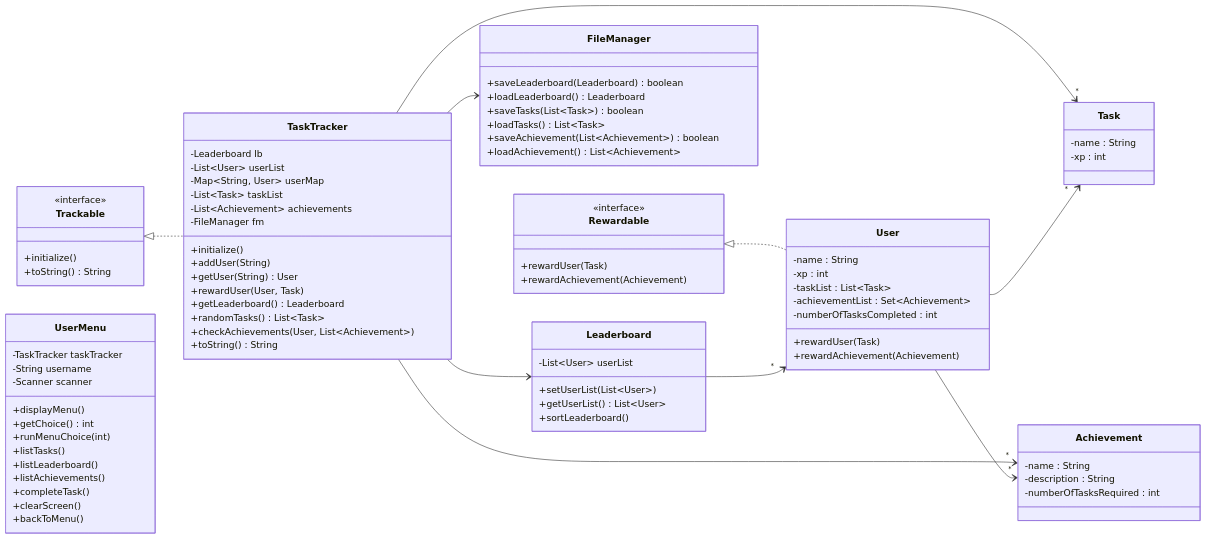
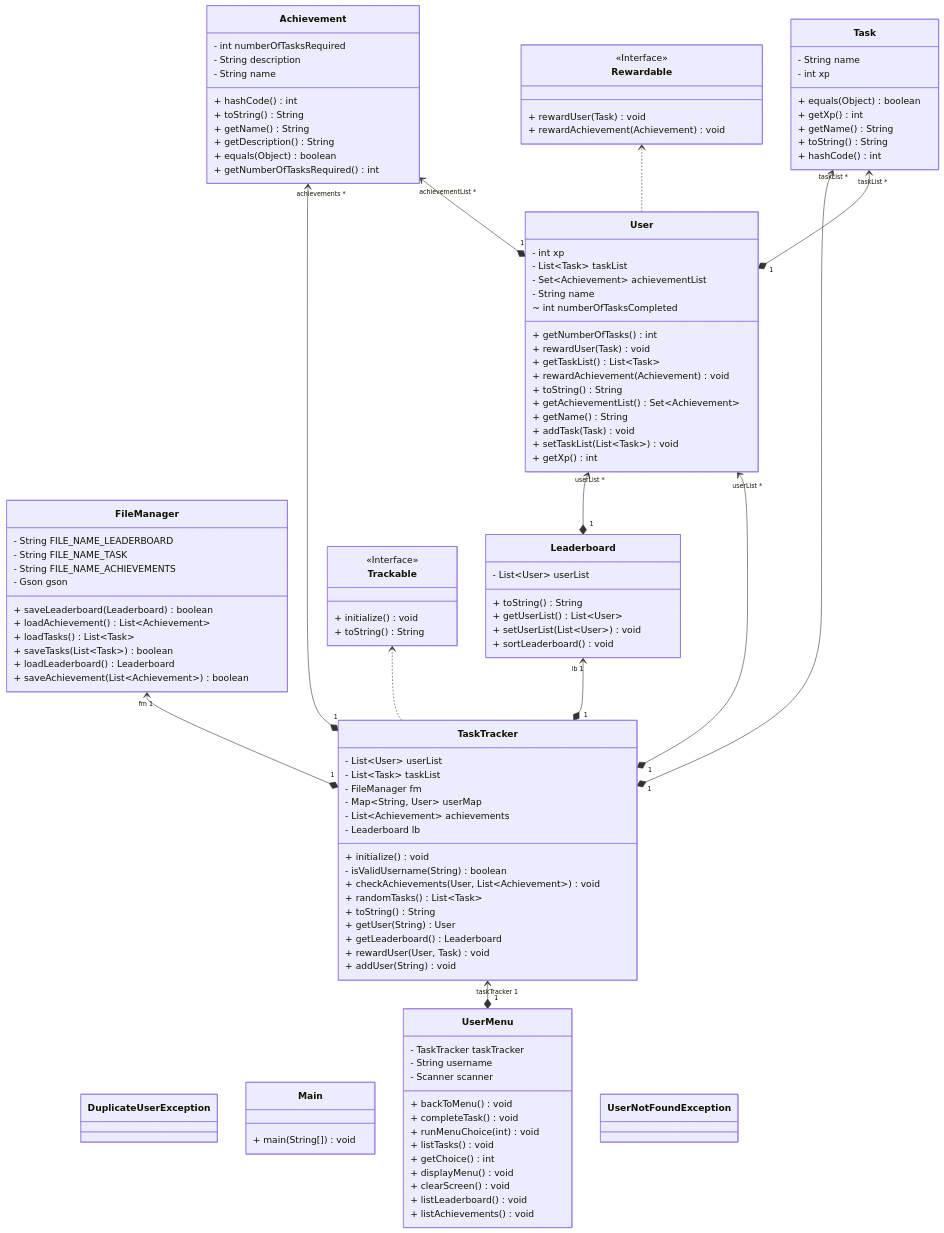
The diagram in README.md (ChircanLaurentiuAndrei/level-up-studying), drawn with Mermaid before and after one commit.

Commit message:
Revise class diagram direction and structure
Updated class diagram to reflect changes in class relationships and attributes.

````diff
--- a/README.md
+++ b/README.md
@@ -71,97 +71,119 @@
 ```mermaid
 classDiagram
-    direction LR
+direction BT
+class Achievement {
+  - int numberOfTasksRequired
+  - String description
+  - String name
+  + hashCode() int
+  + toString() String
+  + getName() String
+  + getDescription() String
+  + equals(Object) boolean
+  + getNumberOfTasksRequired() int
+}
+class DuplicateUserException
+class FileManager {
+  - String FILE_NAME_LEADERBOARD
+  - String FILE_NAME_TASK
+  - String FILE_NAME_ACHIEVEMENTS
+  - Gson gson
+  + saveLeaderboard(Leaderboard) boolean
+  + loadAchievement() List~Achievement~
+  + loadTasks() List~Task~
+  + saveTasks(List~Task~) boolean
+  + loadLeaderboard() Leaderboard
+  + saveAchievement(List~Achievement~) boolean
+}
+class Leaderboard {
+  - List~User~ userList
+  + toString() String
+  + getUserList() List~User~
+  + setUserList(List~User~) void
+  + sortLeaderboard() void
+}
+class Main {
+  + main(String[]) void
+}
+class Rewardable {
+<<Interface>>
+  + rewardUser(Task) void
+  + rewardAchievement(Achievement) void
+}
+class Task {
+  - String name
+  - int xp
+  + equals(Object) boolean
+  + getXp() int
+  + getName() String
+  + toString() String
+  + hashCode() int
+}
+class TaskTracker {
+  - List~User~ userList
+  - List~Task~ taskList
+  - FileManager fm
+  - Map~String, User~ userMap
+  - List~Achievement~ achievements
+  - Leaderboard lb
+  + initialize() void
+  - isValidUsername(String) boolean
+  + checkAchievements(User, List~Achievement~) void
+  + randomTasks() List~Task~
+  + toString() String
+  + getUser(String) User
+  + getLeaderboard() Leaderboard
+  + rewardUser(User, Task) void
+  + addUser(String) void
+}
+class Trackable {
+<<Interface>>
+  + initialize() void
+  + toString() String
+}
+class User {
+  - int xp
+  - List~Task~ taskList
+  - Set~Achievement~ achievementList
+  - String name
+  ~ int numberOfTasksCompleted
+  + getNumberOfTasks() int
+  + rewardUser(Task) void
+  + getTaskList() List~Task~
+  + rewardAchievement(Achievement) void
+  + toString() String
+  + getAchievementList() Set~Achievement~
+  + getName() String
+  + addTask(Task) void
+  + setTaskList(List~Task~) void
+  + getXp() int
+}
+class UserMenu {
+  - TaskTracker taskTracker
+  - String username
+  - Scanner scanner
+  + backToMenu() void
+  + completeTask() void
+  + runMenuChoice(int) void
+  + listTasks() void
+  + getChoice() int
+  + displayMenu() void
+  + clearScreen() void
+  + listLeaderboard() void
+  + listAchievements() void
+}
+class UserNotFoundException
 
-    class Trackable {
-      <<interface>>
-      +initialize()
-      +toString() String
-    }
+Leaderboard "1" *--> "userList *" User 
+TaskTracker "1" *--> "achievements *" Achievement 
+TaskTracker "1" *--> "fm 1" FileManager 
+TaskTracker "1" *--> "lb 1" Leaderboard 
+TaskTracker "1" *--> "taskList *" Task 
+TaskTracker  ..>  Trackable 
+TaskTracker "1" *--> "userList *" User 
+User "1" *--> "achievementList *" Achievement 
+User  ..>  Rewardable 
+User "1" *--> "taskList *" Task 
+UserMenu "1" *--> "taskTracker 1" TaskTracker 
 
-    class Rewardable {
-      <<interface>>
-      +rewardUser(Task)
-      +rewardAchievement(Achievement)
-    }
-
-    class TaskTracker {
-      -Leaderboard lb
-      -List~User~ userList
-      -Map~String, User~ userMap
-      -List~Task~ taskList
-      -List~Achievement~ achievements
-      -FileManager fm
-      +initialize()
-      +addUser(String)
-      +getUser(String) User
-      +rewardUser(User, Task)
-      +getLeaderboard() Leaderboard
-      +randomTasks() List~Task~
-      +checkAchievements(User, List~Achievement~)
-      +toString() String
-    }
-
-    class FileManager {
-      +saveLeaderboard(Leaderboard) boolean
-      +loadLeaderboard() Leaderboard
-      +saveTasks(List~Task~) boolean
-      +loadTasks() List~Task~
-      +saveAchievement(List~Achievement~) boolean
-      +loadAchievement() List~Achievement~
-    }
-
-    class Leaderboard {
-      -List~User~ userList
-      +setUserList(List~User~)
-      +getUserList() List~User~
-      +sortLeaderboard()
-    }
-
-    class User {
-      -name : String
-      -xp : int
-      -taskList : List~Task~
-      -achievementList : Set~Achievement~
-      -numberOfTasksCompleted : int
-      +rewardUser(Task)
-      +rewardAchievement(Achievement)
-    }
-
-    class Task {
-      -name : String
-      -xp : int
-    }
-
-    class Achievement {
-      -name : String
-      -description : String
-      -numberOfTasksRequired : int
-    }
-
-    class UserMenu {
-      -TaskTracker taskTracker
-      -String username
-      -Scanner scanner
-      +displayMenu()
-      +getChoice() int
-      +runMenuChoice(int)
-      +listTasks()
-      +listLeaderboard()
-      +listAchievements()
-      +completeTask()
-      +clearScreen()
-      +backToMenu()
-    }
-
-    Trackable <|.. TaskTracker
-    Rewardable <|.. User
-
-    TaskTracker --> Leaderboard
-    TaskTracker --> FileManager
-    TaskTracker --> "*" Task
-    TaskTracker --> "*" Achievement
-
-    Leaderboard --> "*" User
-    User --> "*" Task
-    User --> "*" Achievement
 ```
````
